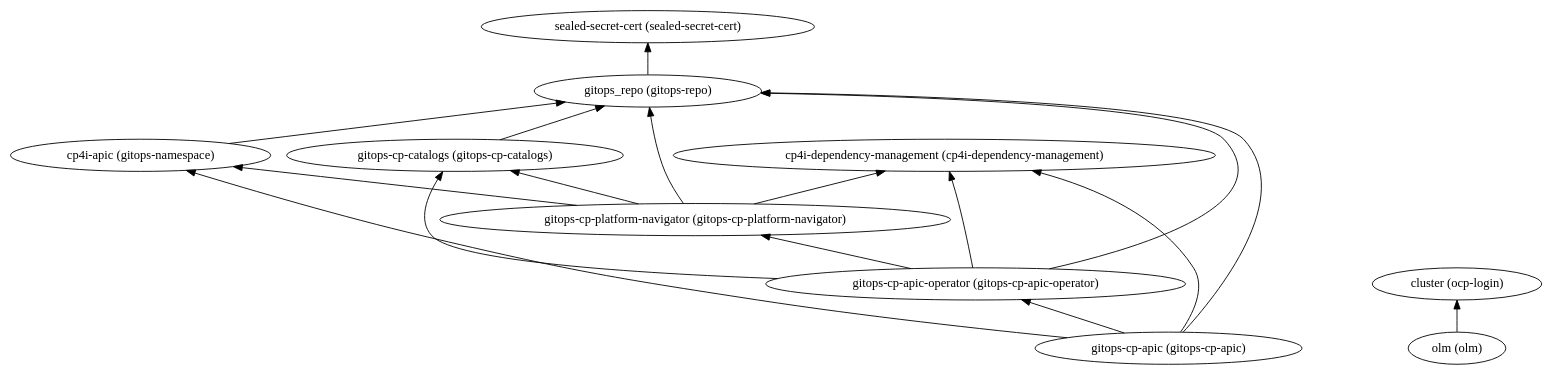
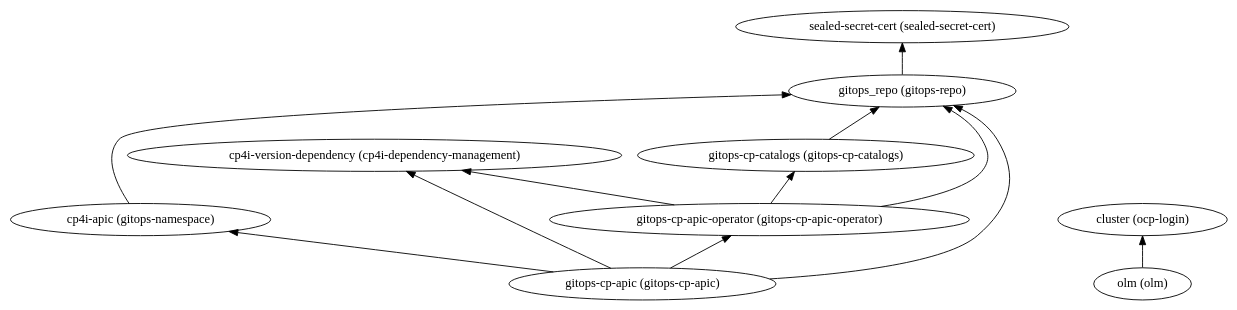
The diagram in 220-integration-apiconnect/dependencies.dot (IBM/automation-integration-platform), drawn with Graphviz before and after one commit. The commit also changed 74 other files, not shown here.

```diff
--- a/220-integration-apiconnect/dependencies.dot
+++ b/220-integration-apiconnect/dependencies.dot
@@ -1,29 +1,23 @@
 digraph {
     rankdir="BT"
-    "gitops-cp-apic (gitops-cp-apic)" -> "gitops_repo (gitops-repo)"
+    "cp4i-version-dependency (cp4i-dependency-management)"
+"gitops-cp-apic (gitops-cp-apic)" -> "gitops_repo (gitops-repo)"
 "gitops-cp-apic (gitops-cp-apic)" -> "cp4i-apic (gitops-namespace)"
 "gitops-cp-apic (gitops-cp-apic)" -> "gitops-cp-apic-operator (gitops-cp-apic-operator)"
-"gitops-cp-apic (gitops-cp-apic)" -> "cp4i-dependency-management (cp4i-dependency-management)"
+"gitops-cp-apic (gitops-cp-apic)" -> "cp4i-version-dependency (cp4i-dependency-management)"
 "gitops-cp-apic (gitops-cp-apic)"
 "gitops_repo (gitops-repo)" -> "sealed-secret-cert (sealed-secret-cert)"
 "gitops_repo (gitops-repo)"
 "sealed-secret-cert (sealed-secret-cert)"
 "cp4i-apic (gitops-namespace)" -> "gitops_repo (gitops-repo)"
 "cp4i-apic (gitops-namespace)"
 "gitops-cp-apic-operator (gitops-cp-apic-operator)" -> "gitops_repo (gitops-repo)"
 "gitops-cp-apic-operator (gitops-cp-apic-operator)" -> "gitops-cp-catalogs (gitops-cp-catalogs)"
-"gitops-cp-apic-operator (gitops-cp-apic-operator)" -> "gitops-cp-platform-navigator (gitops-cp-platform-navigator)"
-"gitops-cp-apic-operator (gitops-cp-apic-operator)" -> "cp4i-dependency-management (cp4i-dependency-management)"
+"gitops-cp-apic-operator (gitops-cp-apic-operator)" -> "cp4i-version-dependency (cp4i-dependency-management)"
 "gitops-cp-apic-operator (gitops-cp-apic-operator)"
 "gitops-cp-catalogs (gitops-cp-catalogs)" -> "gitops_repo (gitops-repo)"
 "gitops-cp-catalogs (gitops-cp-catalogs)"
-"gitops-cp-platform-navigator (gitops-cp-platform-navigator)" -> "gitops_repo (gitops-repo)"
-"gitops-cp-platform-navigator (gitops-cp-platform-navigator)" -> "cp4i-apic (gitops-namespace)"
-"gitops-cp-platform-navigator (gitops-cp-platform-navigator)" -> "gitops-cp-catalogs (gitops-cp-catalogs)"
-"gitops-cp-platform-navigator (gitops-cp-platform-navigator)" -> "cp4i-dependency-management (cp4i-dependency-management)"
-"gitops-cp-platform-navigator (gitops-cp-platform-navigator)"
-"cp4i-dependency-management (cp4i-dependency-management)"
 "cluster (ocp-login)"
 "olm (olm)" -> "cluster (ocp-login)"
 "olm (olm)"
   }
```
